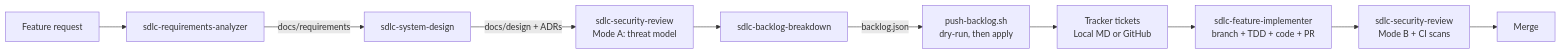
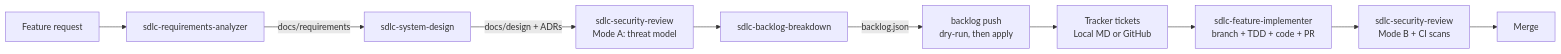
Before and after one commit to rishikesh-net/sdlc-orchestrai: the diagram in README.md, drawn with Mermaid. The commit also changed other lines of this file and 20 other files, not shown here.

````diff
--- a/README.md
+++ b/README.md
@@ -39,12 +39,12 @@
 ```mermaid
 flowchart LR
   A[Feature request] --> B[sdlc-requirements-analyzer]
   B -->|docs/requirements| C[sdlc-system-design]
   C -->|docs/design + ADRs| D[sdlc-security-review<br/>Mode A: threat model]
   D --> E[sdlc-backlog-breakdown]
-  E -->|backlog.json| F[push-backlog.sh<br/>dry-run, then apply]
+  E -->|backlog.json| F[backlog push<br/>dry-run, then apply]
   F --> G[Tracker tickets<br/>Local MD or GitHub]
   G --> H[sdlc-feature-implementer<br/>branch + TDD + code + PR]
   H --> I[sdlc-security-review<br/>Mode B + CI scans]
   I --> J[Merge]
 ```
````
